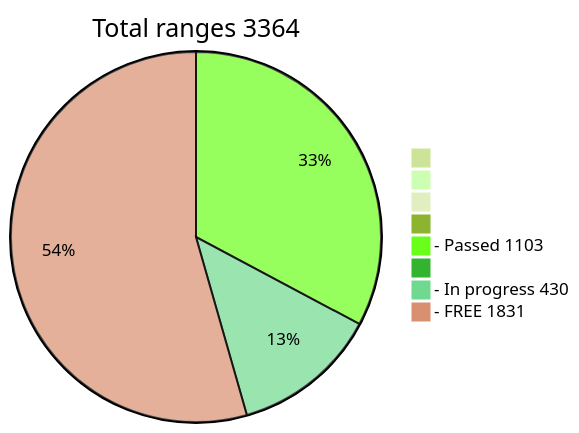
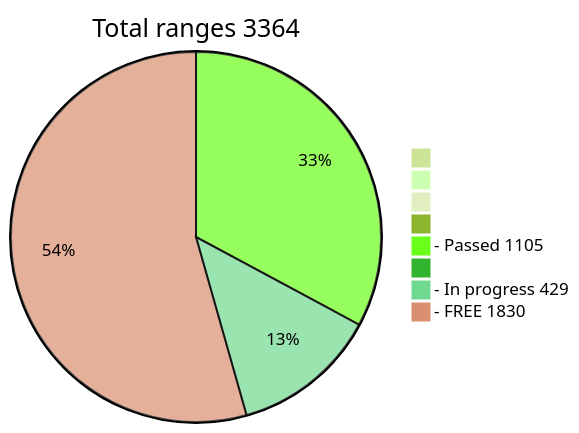
Before and after one commit to phrutis/wif500: the diagram in README.md, drawn with Mermaid (forest theme).

````diff
--- a/README.md
+++ b/README.md
@@ -16,12 +16,12 @@
 ```mermaid
 pie title Total ranges 3364
              " " : 0
             "  " : 0
            "   " : 0
           "    " : 0
-  "- Passed 1103" : 1103
+  "- Passed 1105" : 1105
          "     " : 0
-  "- In progress 430" : 430
-   "- FREE 1831" : 1831
+  "- In progress 429" : 429
+   "- FREE 1830" : 1830
    
 ```
````
